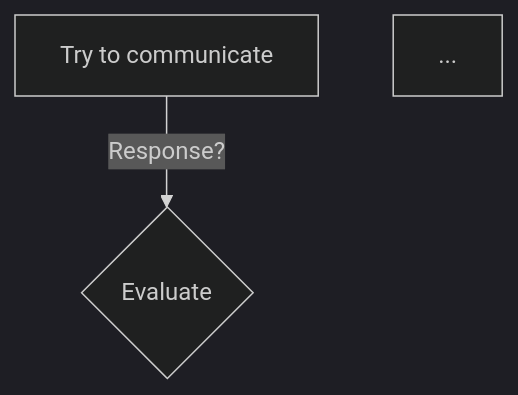
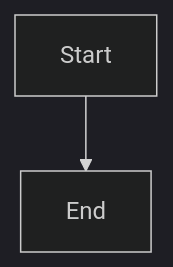
Before and after one commit to wonderful-michelakis/danaos_processing: the second of 2 diagrams in docs/guides/PIPELINE_README.md, drawn with Mermaid (dark theme). The commit also changed other lines of this file and 8 other files, not shown here.

````diff
--- a/docs/guides/PIPELINE_README.md
+++ b/docs/guides/PIPELINE_README.md
@@ -124,5 +143,4 @@
 ```mermaid
 graph TD
-    A[Try to communicate] -->|Response?| B{Evaluate}
-...
+    A[Start] --> B[End]
 ```
````
